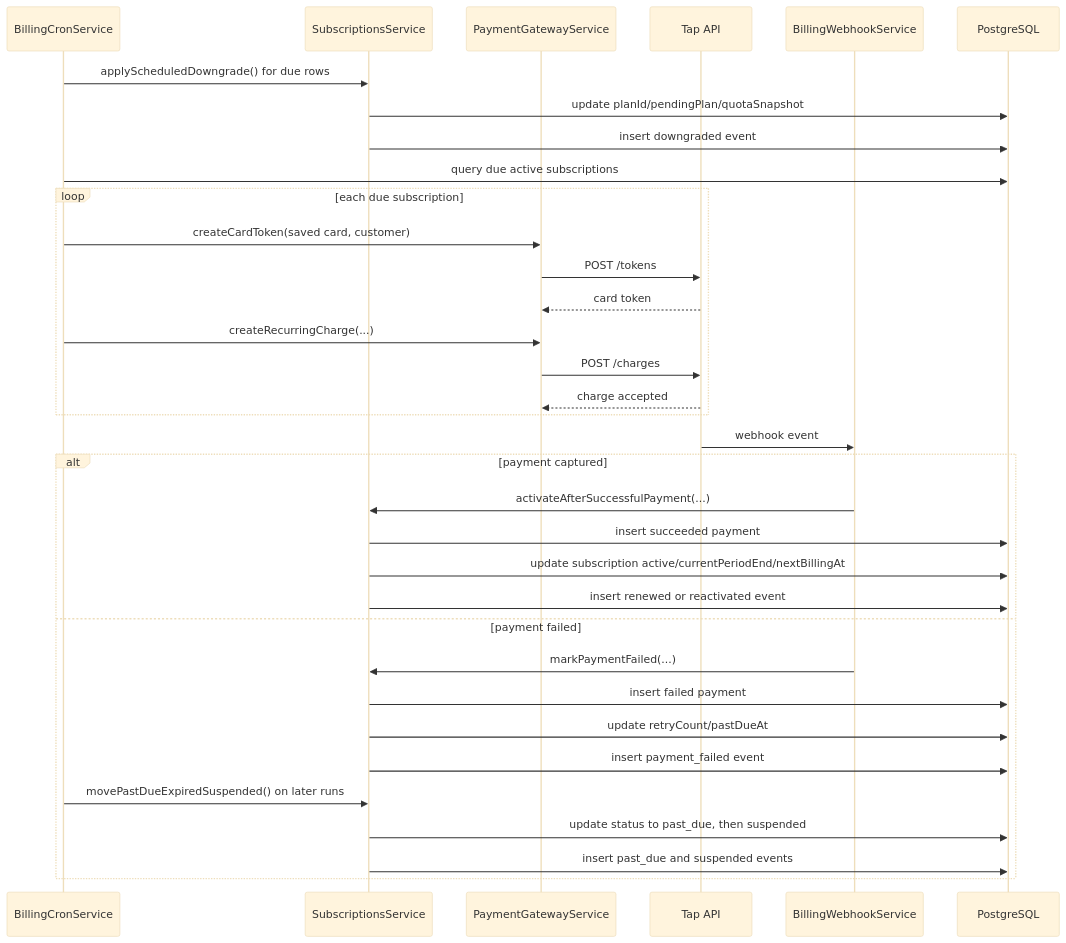
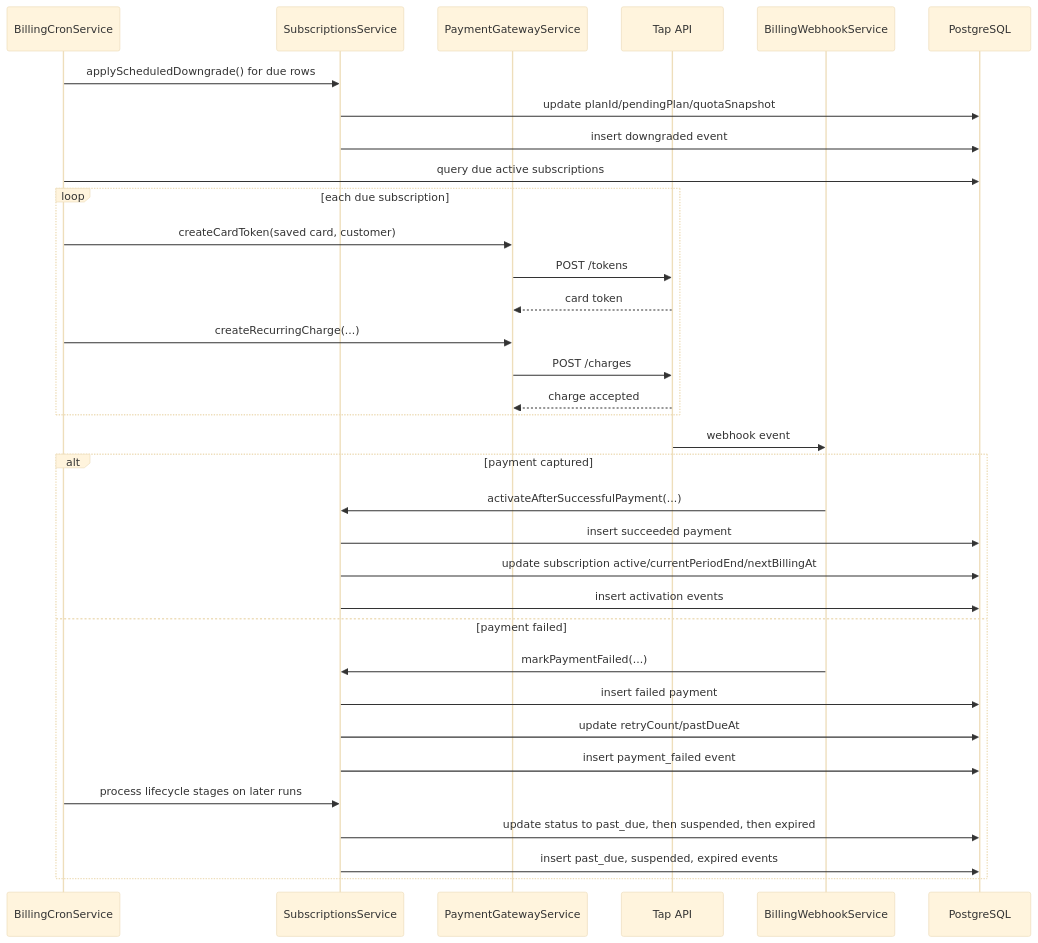
One commit to tarek-saimouah/saas-plan-subscription-demo changed the second of 2 diagrams in docs/PLANS_SUBSCRIPTIONS_FEATURE.md. Above: the diagram before and after it, drawn with Mermaid (base theme). The commit also changed other lines of this file and 8 other files, not shown here.

Commit message:
Handle missing subscription events lifecycle.

````diff
--- a/docs/PLANS_SUBSCRIPTIONS_FEATURE.md
+++ b/docs/PLANS_SUBSCRIPTIONS_FEATURE.md
@@ -445,39 +466,39 @@
 ```mermaid
 sequenceDiagram
     participant Cron as BillingCronService
     participant Subs as SubscriptionsService
     participant Gateway as PaymentGatewayService
     participant Tap as Tap API
     participant Webhook as BillingWebhookService
     participant DB as PostgreSQL
 
     Cron->>Subs: applyScheduledDowngrade() for due rows
     Subs->>DB: update planId/pendingPlan/quotaSnapshot
     Subs->>DB: insert downgraded event
 
     Cron->>DB: query due active subscriptions
     loop each due subscription
         Cron->>Gateway: createCardToken(saved card, customer)
         Gateway->>Tap: POST /tokens
         Tap-->>Gateway: card token
         Cron->>Gateway: createRecurringCharge(...)
         Gateway->>Tap: POST /charges
         Tap-->>Gateway: charge accepted
     end
 
     Tap->>Webhook: webhook event
     alt payment captured
         Webhook->>Subs: activateAfterSuccessfulPayment(...)
         Subs->>DB: insert succeeded payment
         Subs->>DB: update subscription active/currentPeriodEnd/nextBillingAt
-        Subs->>DB: insert renewed or reactivated event
+        Subs->>DB: insert activation events
     else payment failed
         Webhook->>Subs: markPaymentFailed(...)
         Subs->>DB: insert failed payment
         Subs->>DB: update retryCount/pastDueAt
         Subs->>DB: insert payment_failed event
-        Cron->>Subs: movePastDueExpiredSuspended() on later runs
-        Subs->>DB: update status to past_due, then suspended
-        Subs->>DB: insert past_due and suspended events
+        Cron->>Subs: process lifecycle stages on later runs
+        Subs->>DB: update status to past_due, then suspended, then expired
+        Subs->>DB: insert past_due, suspended, expired events
     end
 ```
````
